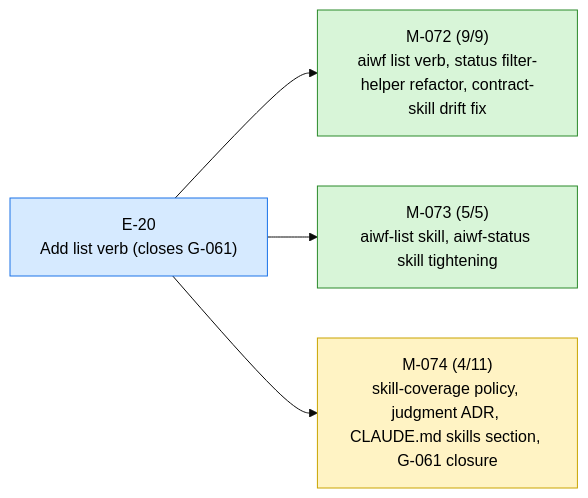
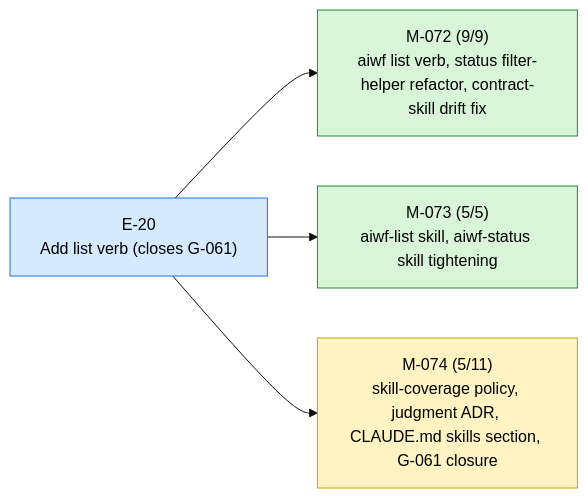
The first of 2 diagrams in STATUS.md (23min/aiwf), drawn with Mermaid (base theme) before and after one commit. The commit also changed other lines of this file and 1 other file, not shown here.

````diff
--- a/STATUS.md
+++ b/STATUS.md
@@ -13,16 +13,16 @@
 ```mermaid
 flowchart LR
   E_20["E-20<br/>Add list verb (closes G-061)"]:::epic_active
   M_072["M-072 (9/9)<br/>aiwf list verb, status filter-helper refactor, contract-skill drift fix"]:::ms_done
   E_20 --> M_072
   M_073["M-073 (5/5)<br/>aiwf-list skill, aiwf-status skill tightening"]:::ms_done
   E_20 --> M_073
-  M_074["M-074 (4/11)<br/>skill-coverage policy, judgment ADR, CLAUDE.md skills section, G-061 closure"]:::ms_in_progress
+  M_074["M-074 (5/11)<br/>skill-coverage policy, judgment ADR, CLAUDE.md skills section, G-061 closure"]:::ms_in_progress
   E_20 --> M_074
   classDef epic_active fill:#d6eaff,stroke:#1a73e8,color:#000
   classDef epic_proposed fill:#f4f4f4,stroke:#888,color:#000
   classDef ms_done fill:#d8f5d8,stroke:#2a8a2a,color:#000
   classDef ms_in_progress fill:#fff3c4,stroke:#caa400,color:#000
   classDef ms_draft fill:#f4f4f4,stroke:#888,color:#000
   classDef ms_cancelled fill:#fbeaea,stroke:#c33,color:#000
 ```
````
